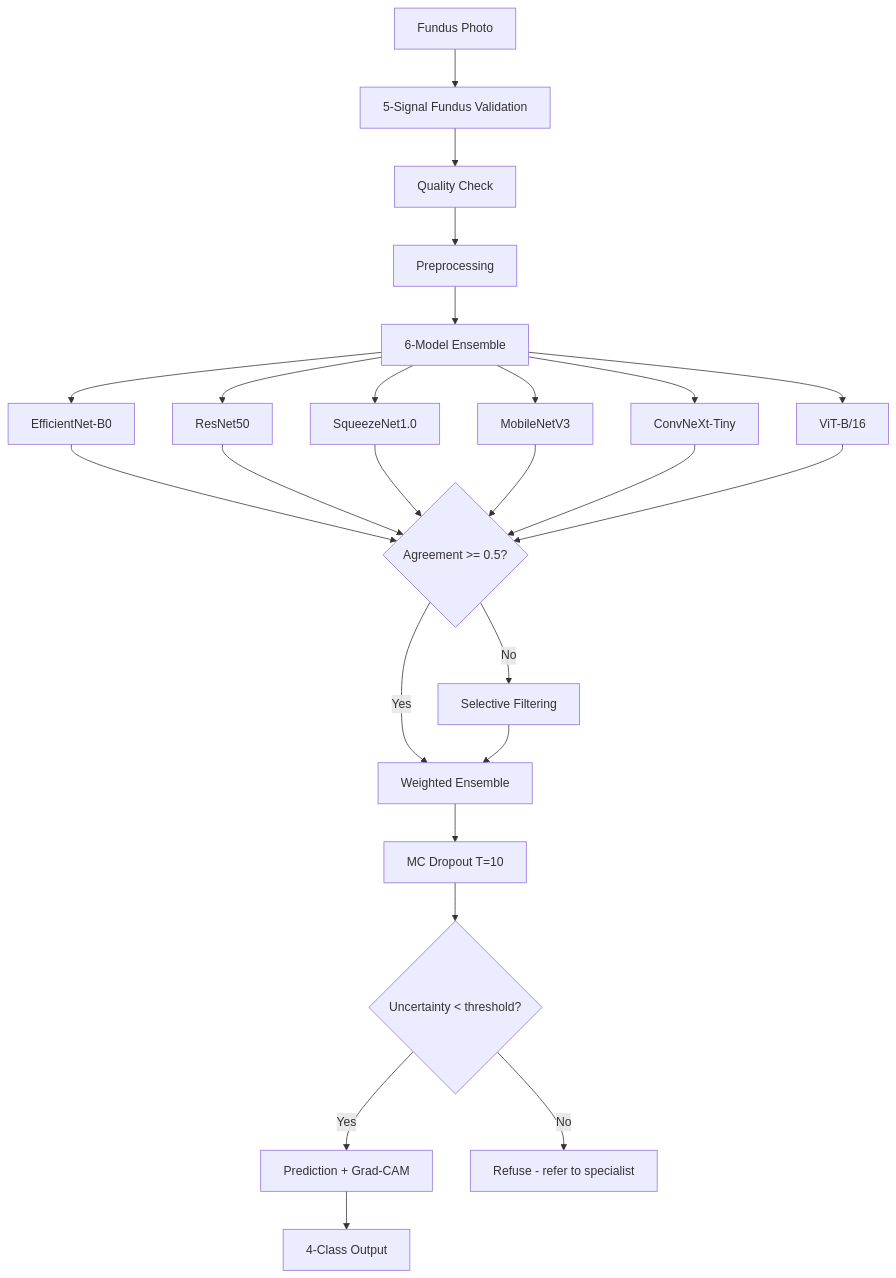
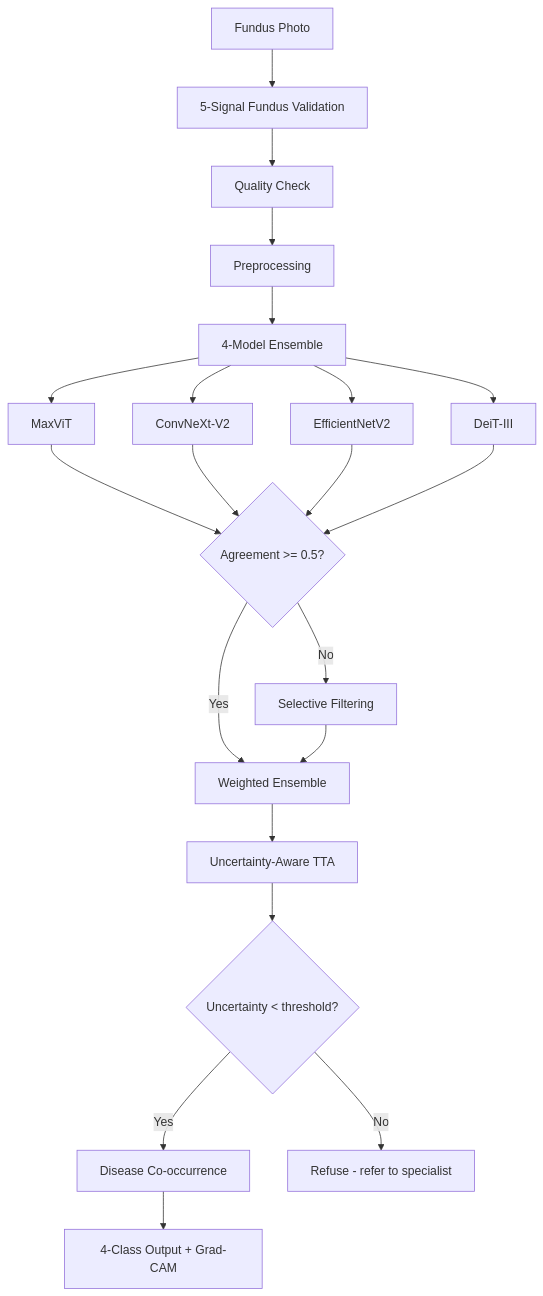
The diagram in README.md (Mariakevin/FundusNet), drawn with Mermaid before and after one commit. The commit also changed other lines of this file and 44 other files, not shown here.

First line of the commit message:
Production-grade ML pipeline: 5-model ensemble, REST API, config system

````diff
--- a/README.md
+++ b/README.md
@@ -63,26 +64,24 @@
 ```mermaid
 graph TD
     A[Fundus Photo] --> B[5-Signal Fundus Validation]
     B --> C[Quality Check]
     C --> D[Preprocessing]
-    D --> E[6-Model Ensemble]
+    D --> E[4-Model Ensemble]
 
-    E --> F1[EfficientNet-B0]
-    E --> F2[ResNet50]
-    E --> F3[SqueezeNet1.0]
-    E --> F4[MobileNetV3]
-    E --> F5[ConvNeXt-Tiny]
-    E --> F6[ViT-B/16]
+    E --> F0[MaxViT]
+    E --> F1[ConvNeXt-V2]
+    E --> F2[EfficientNetV2]
+    E --> F3[DeiT-III]
 
-    F1 & F2 & F3 & F4 & F5 & F6 --> G{Agreement >= 0.5?}
+    F0 & F1 & F2 & F3 --> G{Agreement >= 0.5?}
     G -->|Yes| H[Weighted Ensemble]
     G -->|No| I[Selective Filtering]
     I --> H
 
-    H --> J[MC Dropout T=10]
+    H --> J[Uncertainty-Aware TTA]
     J --> K{Uncertainty < threshold?}
-    K -->|Yes| L[Prediction + Grad-CAM]
+    K -->|Yes| L[Disease Co-occurrence]
     K -->|No| M[Refuse - refer to specialist]
 
-    L --> N[4-Class Output]
+    L --> N[4-Class Output + Grad-CAM]
 ```
````
